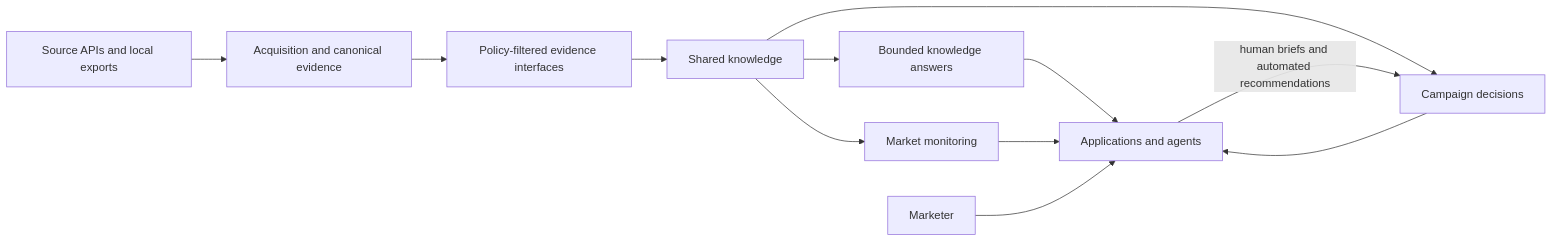
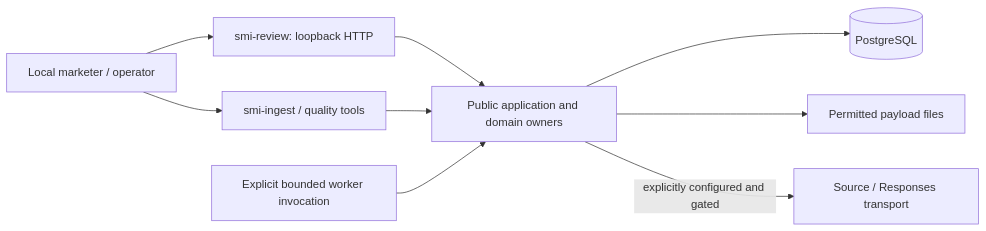
The first of 4 diagrams in docs/architecture.md (jinroylee/social-marketing-intelligence), drawn with Mermaid before and after one commit. The commit also changed other lines of this file and 165 other files, not shown here.

````diff
--- a/docs/architecture.md
+++ b/docs/architecture.md
@@ -7,14 +9,11 @@
 ```mermaid
 flowchart LR
-    Sources[Source APIs and local exports] --> Acquisition[Acquisition and canonical evidence]
-    Acquisition --> Evidence[Policy-filtered evidence interfaces]
-    Evidence --> Knowledge[Shared knowledge]
-    Knowledge --> Monitoring[Market monitoring]
-    Knowledge --> Decisions[Campaign decisions]
-    Knowledge --> Answers[Bounded knowledge answers]
-    Answers --> App
-    Monitoring --> App[Applications and agents]
-    Decisions --> App
-    Human[Marketer] --> App
-    App -->|human briefs and automated recommendations| Decisions
+    Human[Local marketer / operator] --> Browser[smi-review: loopback HTTP]
+    Human --> CLI[smi-ingest / quality tools]
+    Browser --> Owners[Public application and domain owners]
+    CLI --> Owners
+    Worker[Explicit bounded worker invocation] --> Owners
+    Owners --> PG[(PostgreSQL)]
+    Owners --> Files[Permitted payload files]
+    Owners -->|explicitly configured and gated| External[Source / Responses transport]
 ```
````
